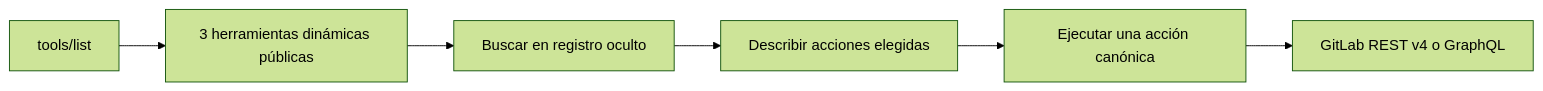
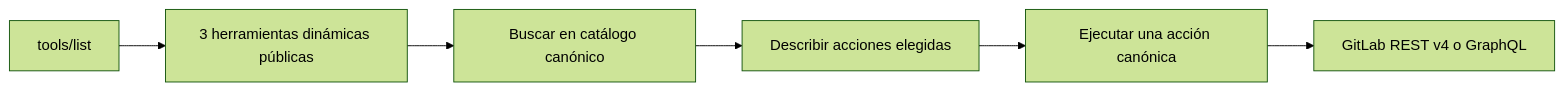
One commit to jmrplens/gitlab-mcp-server changed the first of 2 diagrams in site/src/content/docs/es/tools/dynamic-tools.mdx. Above: the diagram before and after it, drawn with Mermaid (forest theme). The commit also changed other lines of this file and 62 other files, not shown here.

````diff
--- a/site/src/content/docs/es/tools/dynamic-tools.mdx
+++ b/site/src/content/docs/es/tools/dynamic-tools.mdx
@@ -26,8 +26,8 @@
 ```mermaid
 flowchart LR
     A[tools/list] --> B[3 herramientas dinámicas públicas]
-    B --> C[Buscar en registro oculto]
+    B --> C[Buscar en catálogo canónico]
     C --> D[Describir acciones elegidas]
     D --> E[Ejecutar una acción canónica]
     E --> F[GitLab REST v4 o GraphQL]
 ```
````
